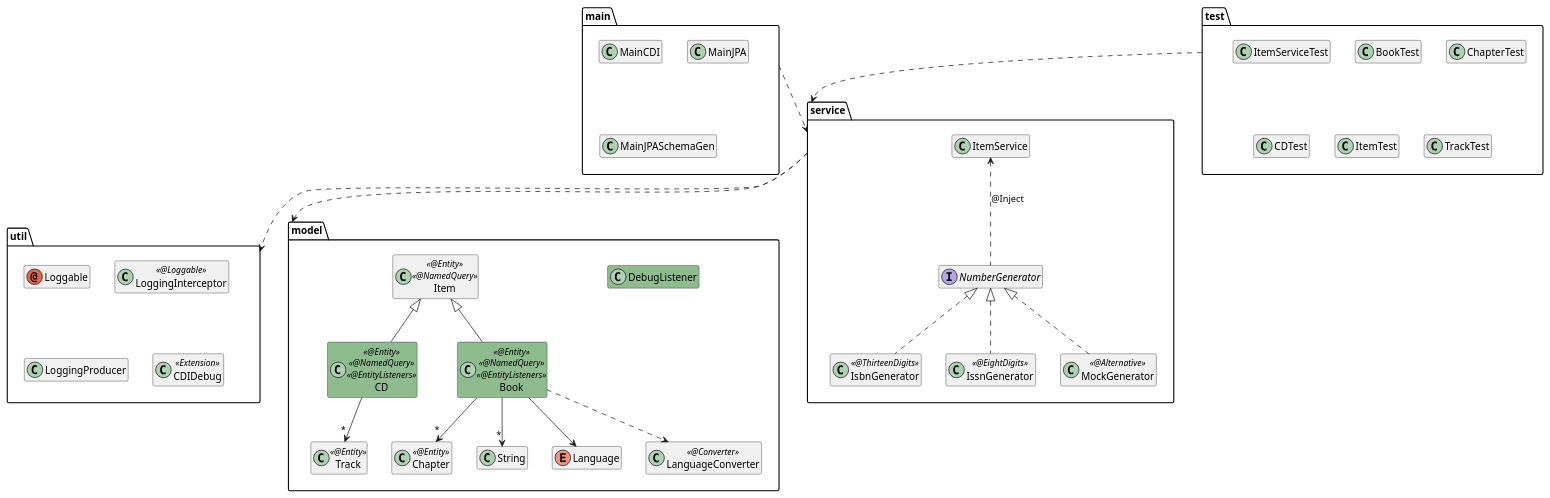
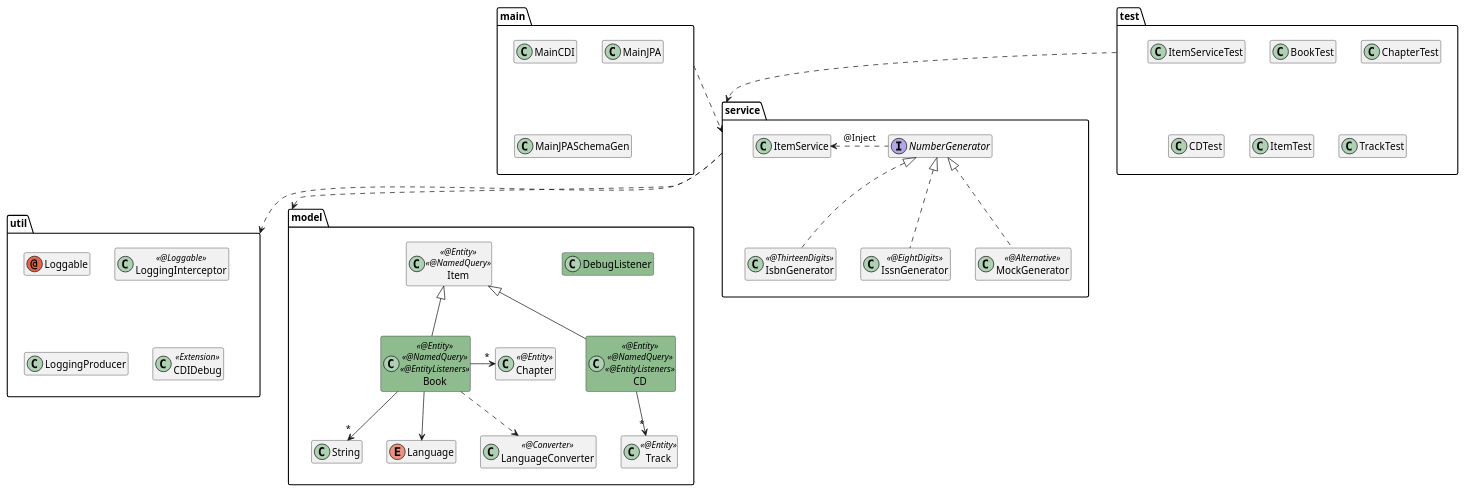
Before and after one commit to agoncal/agoncal-training-javaee7: the diagram in 08-JPA/demo08.puml, drawn with PlantUML. The commit also changed 29 other files, not shown here.

Commit message:
Updating diagrams

```diff
--- a/08-JPA/demo08.puml
+++ b/08-JPA/demo08.puml
@@ -1,64 +1,64 @@
 @startuml
 
 hide members
 
 package "main" {
     class MainCDI
     class MainJPA
     class MainJPASchemaGen
 }
 package "test" {
     class ItemServiceTest
     class BookTest
     class ChapterTest
-    class CDTest 
+    class CDTest
     class ItemTest
     class TrackTest
 }
 
 package "service" {
     interface NumberGenerator
     class IsbnGenerator << @ThirteenDigits >>
     class IssnGenerator << @EightDigits >>
     class MockGenerator << @Alternative >>
     class ItemService
 
-    ItemService <.. NumberGenerator : @Inject
+    ItemService <.right. NumberGenerator : @Inject
     NumberGenerator <|.. IsbnGenerator
     NumberGenerator <|.. IssnGenerator
     NumberGenerator <|.. MockGenerator
 }
 
 package "model" {
     class DebugListener #8FBC8F
     class Item << @Entity >> << @NamedQuery >>
     class CD << @Entity >> << @NamedQuery >> << @EntityListeners >> #8FBC8F
     class Track << @Entity >>
     class Chapter << @Entity >>
     class Book << @Entity >> << @NamedQuery >> << @EntityListeners >>  #8FBC8F
     class String
     enum Language
     class LanguageConverter << @Converter >>
 
     Item <|-- CD
     Item <|-- Book
     CD --> "*" Track
     Book --> "*" String
-    Book --> "*" Chapter
+    Book -right-> "*" Chapter
     Book --> Language
     Book ..> LanguageConverter
 }
 
 package "util" {
     annotation Loggable
     class LoggingInterceptor << @Loggable >>
     class LoggingProducer
     class CDIDebug << Extension >>
 }
 
 main ..> service
 test ..> service
 service ..> model
 service ..> util
 
 @enduml
```
